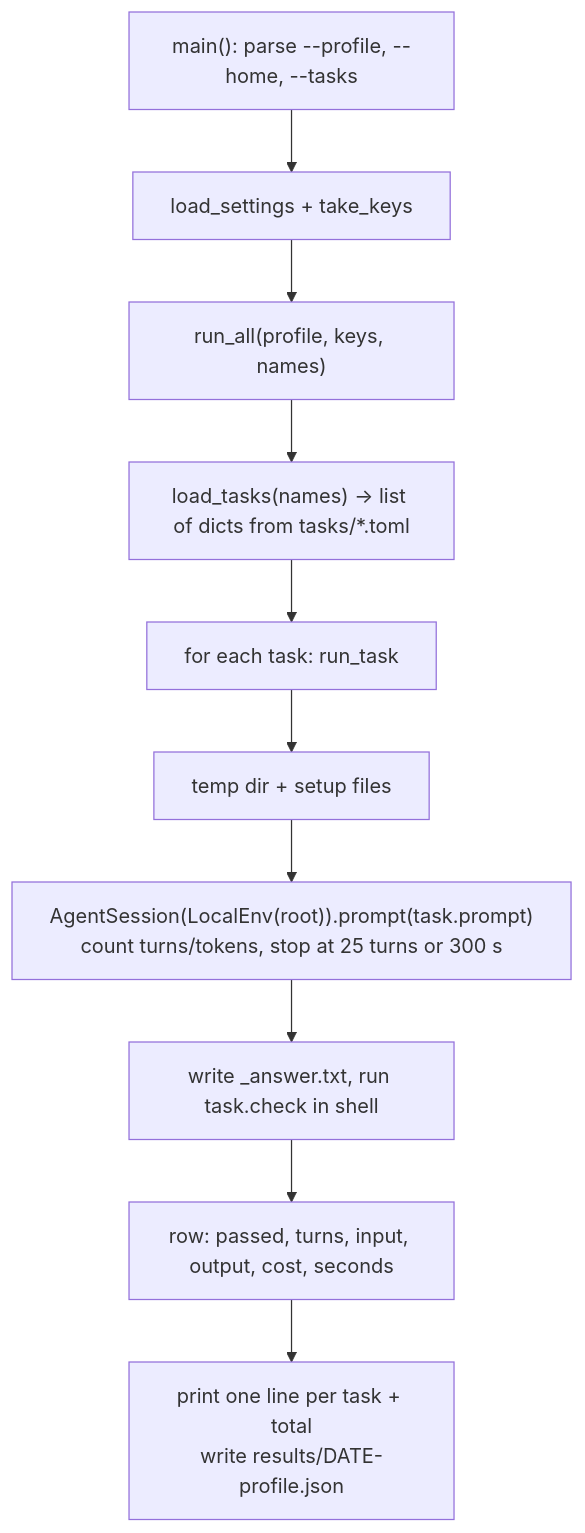
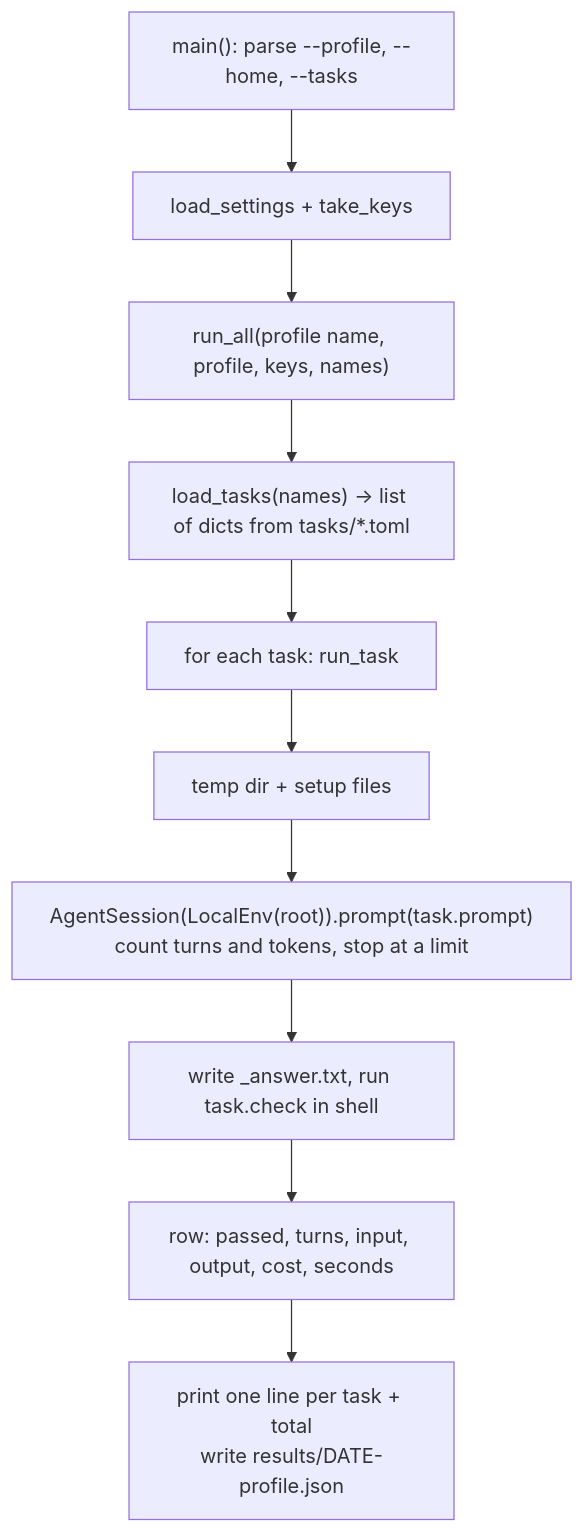
The second of 2 diagrams in docs/guidebook/12-evals.md (danhugo/simp-agent), drawn with Mermaid before and after one commit. The commit also changed other lines of this file and 1 other file, not shown here.

````diff
--- a/docs/guidebook/12-evals.md
+++ b/docs/guidebook/12-evals.md
@@ -96,12 +78,12 @@
 ```mermaid
 flowchart TD
     A["main(): parse --profile, --home, --tasks"] --> B["load_settings + take_keys"]
-    B --> C["run_all(profile, keys, names)"]
+    B --> C["run_all(profile name, profile, keys, names)"]
     C --> D["load_tasks(names) → list of dicts from tasks/*.toml"]
     D --> E["for each task: run_task"]
     E --> F["temp dir + setup files"]
-    F --> G["AgentSession(LocalEnv(root)).prompt(task.prompt)<br/>count turns/tokens, stop at 25 turns or 300 s"]
+    F --> G["AgentSession(LocalEnv(root)).prompt(task.prompt)<br/>count turns and tokens, stop at a limit"]
     G --> H["write _answer.txt, run task.check in shell"]
     H --> I["row: passed, turns, input, output, cost, seconds"]
     I --> J["print one line per task + total<br/>write results/DATE-profile.json"]
 ```
````
